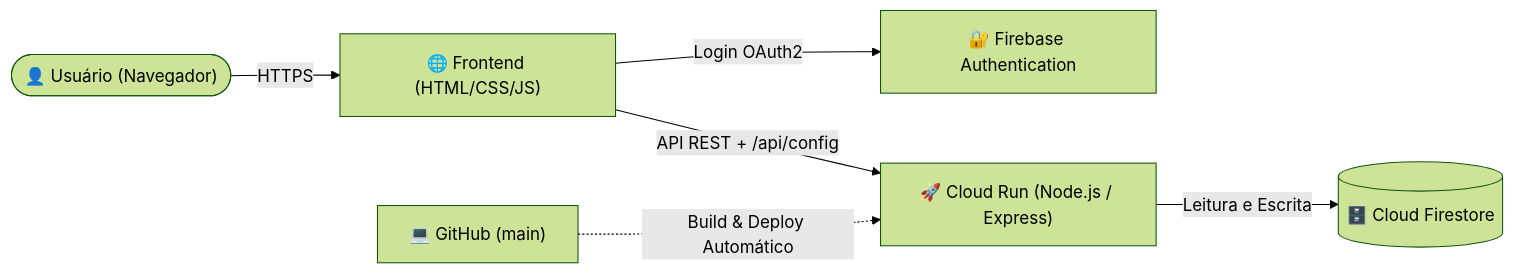
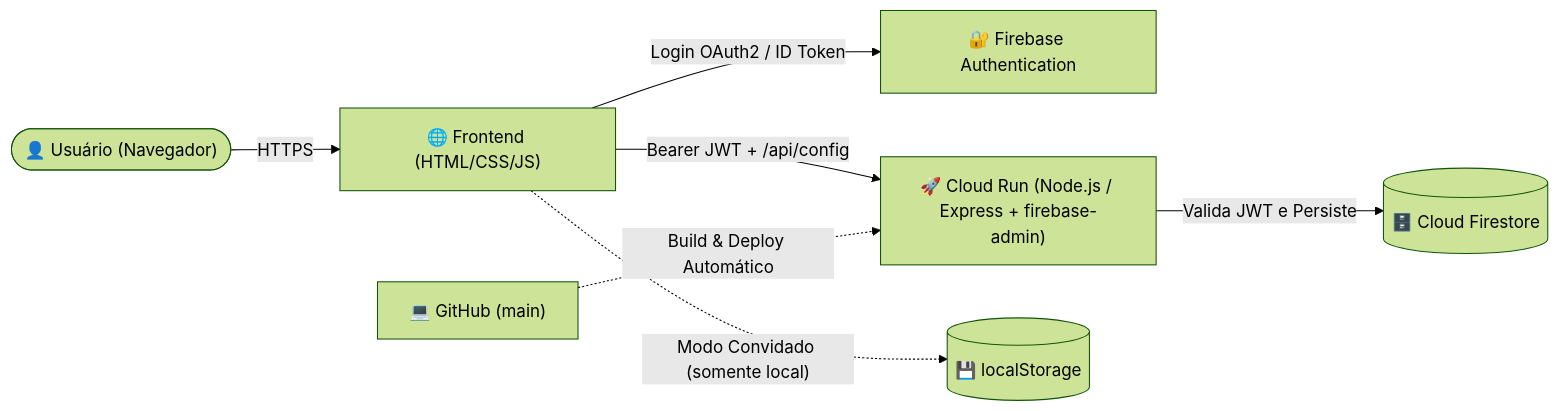
Before and after one commit to oscarmoraes/listadetarefas: the diagram in README.md, drawn with Mermaid (forest theme). The commit also changed other lines of this file and 7 other files, not shown here.

Commit message:
security: Enforce Firebase Admin JWT auth, restricted CORS, and localStorage-only guest mode

````diff
--- a/README.md
+++ b/README.md
@@ -34,8 +34,9 @@
 ```mermaid
 flowchart LR
   User(["👤 Usuário (Navegador)"]) -->|HTTPS| Frontend["🌐 Frontend (HTML/CSS/JS)"]
-  Frontend -->|Login OAuth2| Auth["🔐 Firebase Authentication"]
-  Frontend -->|API REST + /api/config| API["🚀 Cloud Run (Node.js / Express)"]
-  API -->|Leitura e Escrita| DB[("🗄️ Cloud Firestore")]
+  Frontend -->|Login OAuth2 / ID Token| Auth["🔐 Firebase Authentication"]
+  Frontend -->|"Bearer JWT + /api/config"| API["🚀 Cloud Run (Node.js / Express + firebase-admin)"]
+  Frontend -.->|"Modo Convidado (somente local)"| LocalStorage[("💾 localStorage")]
+  API -->|Valida JWT e Persiste| DB[("🗄️ Cloud Firestore")]
   GitHub["💻 GitHub (main)"] -.->|Build & Deploy Automático| API
 ```
````
